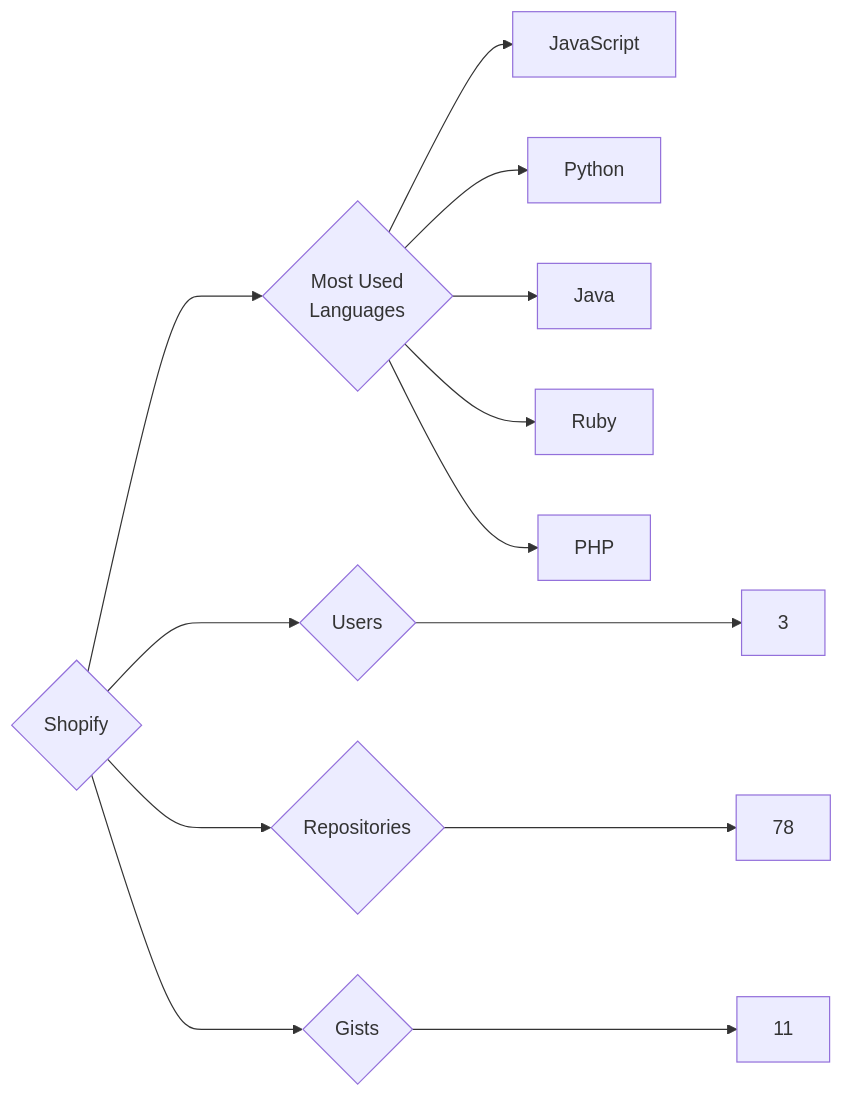
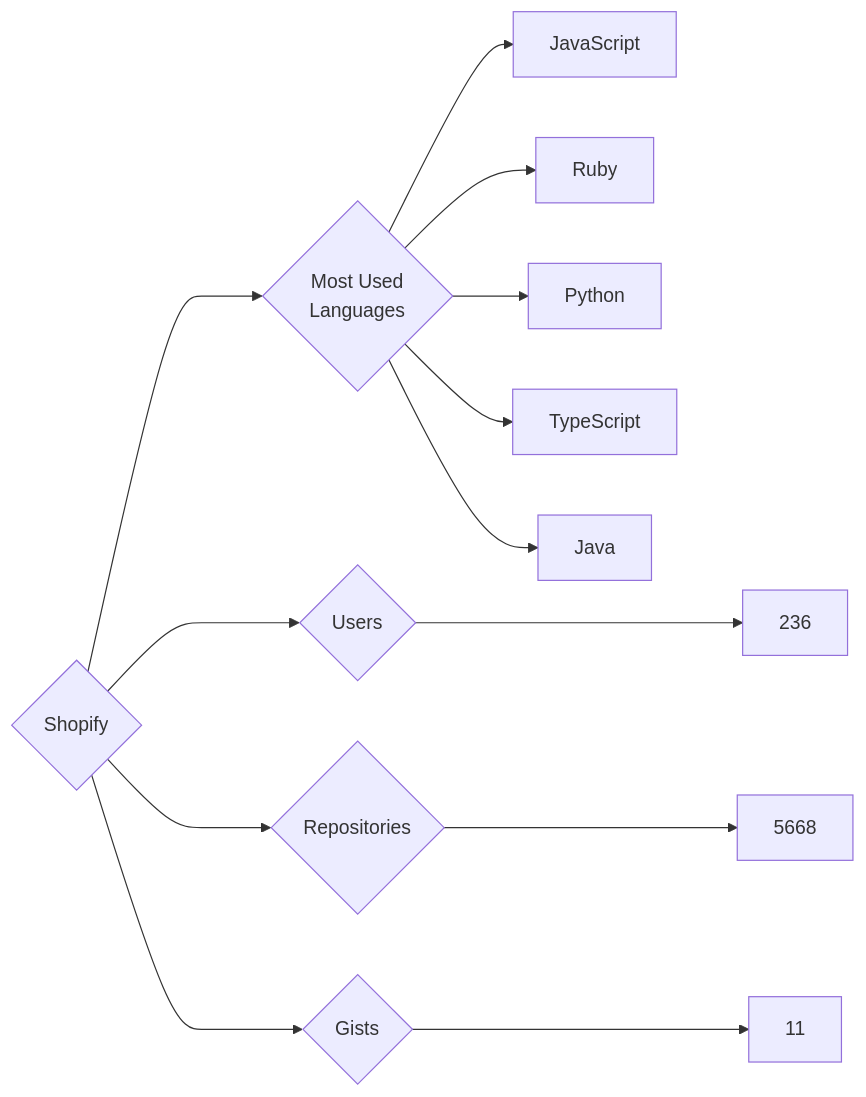
Before and after one commit to trickest/insiders: the diagram in targets/Shopify/README.md, drawn with Mermaid. The commit also changed 1248 other files, not shown here.

````diff
--- a/targets/Shopify/README.md
+++ b/targets/Shopify/README.md
@@ -3,13 +3,13 @@
 ```mermaid
 graph LR
 COMPANY_NAME{Shopify}
-COMPANY_NAME ---> U{Users} ---> UN[3]
-COMPANY_NAME ---> R{Repositories} ---> RN[78]
+COMPANY_NAME ---> U{Users} ---> UN[236]
+COMPANY_NAME ---> R{Repositories} ---> RN[5668]
 COMPANY_NAME ---> G{Gists} ---> GN[11]
 COMPANY_NAME ---> ML{Most Used<br>Languages}
 ML --> JavaScript[JavaScript]
+ML --> Ruby[Ruby]
 ML --> Python[Python]
+ML --> TypeScript[TypeScript]
 ML --> Java[Java]
-ML --> Ruby[Ruby]
-ML --> PHP[PHP]
 ```
````
